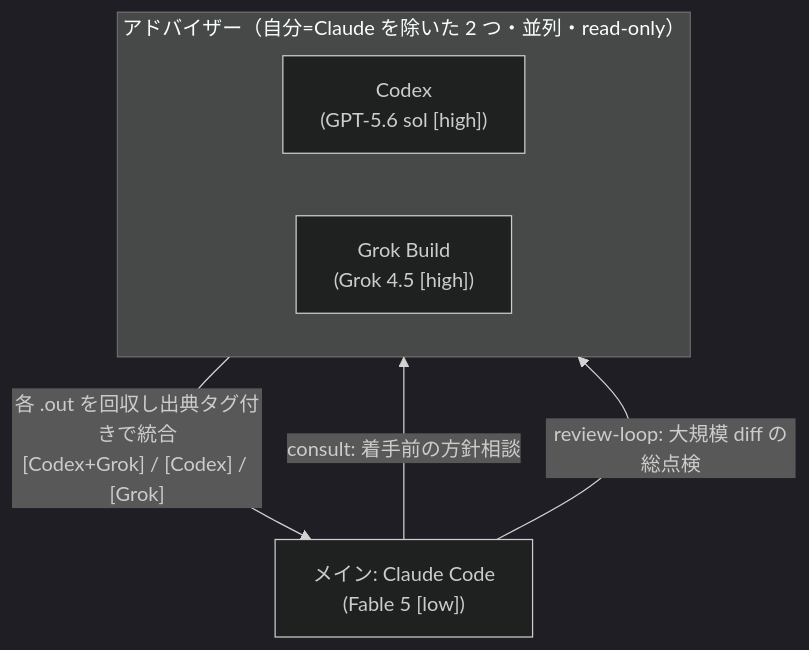
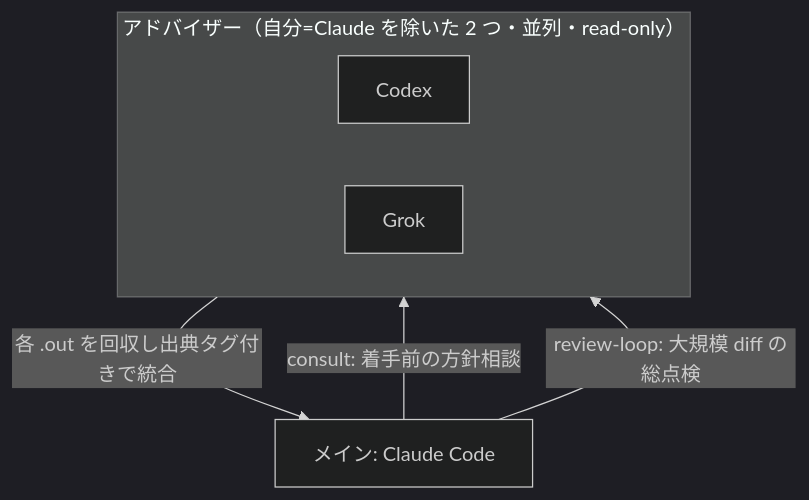
One commit to usagizmo/agentfiles changed the third of 3 diagrams in agents/skills/README.md. Above: the diagram before and after it, drawn with Mermaid (dark theme). The commit also changed other lines of this file, not shown here.

````diff
--- a/agents/skills/README.md
+++ b/agents/skills/README.md
@@ -112,14 +109,14 @@
 ```mermaid
 flowchart TD
-    M["メイン: Claude Code<br/>(Fable 5 [low])"]
+    M["メイン: Claude Code"]
 
     M -->|"consult: 着手前の方針相談"| A
     M -->|"review-loop: 大規模 diff の総点検"| A
 
     subgraph A["アドバイザー（自分=Claude を除いた 2 つ・並列・read-only）"]
-        X["Codex<br/>(GPT-5.6 sol [high])"]
-        G["Grok Build<br/>(Grok 4.5 [high])"]
+        X["Codex"]
+        G["Grok"]
     end
 
-    A -->|"各 .out を回収し出典タグ付きで統合<br/>[Codex+Grok] / [Codex] / [Grok]"| M
+    A -->|"各 .out を回収し出典タグ付きで統合"| M
 ```
````
